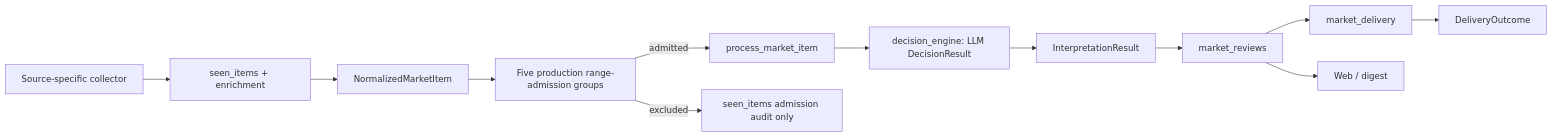
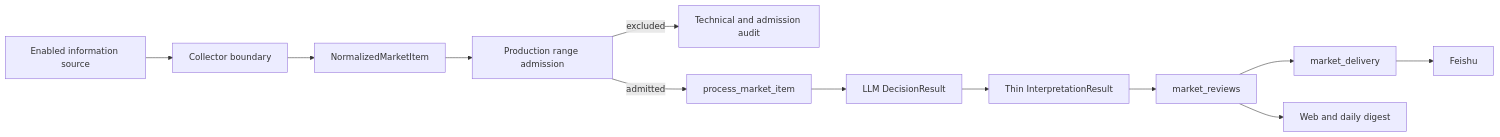
Before and after one commit to Stayfoool/MarketPulseWire: the diagram in docs/architecture-flow.md, drawn with Mermaid. The commit also changed other lines of this file and 75 other files, not shown here.

Commit message:
Unify market information processing (#268)

````diff
--- a/docs/architecture-flow.md
+++ b/docs/architecture-flow.md
@@ -23,14 +25,14 @@
 ```mermaid
 flowchart LR
-    Source["Source-specific collector"] --> Enrichment["seen_items + enrichment"]
-    Enrichment --> Item["NormalizedMarketItem"]
-    Item --> Admission["Five production range-admission groups"]
-    Admission -->|admitted| Runtime["process_market_item"]
-    Admission -->|excluded| Seen["seen_items admission audit only"]
-    Runtime --> Decision["decision_engine: LLM DecisionResult"]
-    Decision --> Interpretation["InterpretationResult"]
-    Interpretation --> Store["market_reviews"]
-    Store --> Delivery["market_delivery"]
-    Store --> View["Web / digest"]
-    Delivery --> Outcome["DeliveryOutcome"]
+    Source["Enabled information source"] --> Collector["Collector boundary"]
+    Collector --> Item["NormalizedMarketItem"]
+    Item --> Admission["Production range admission"]
+    Admission -->|excluded| Audit["Technical and admission audit"]
+    Admission -->|admitted| Flow["process_market_item"]
+    Flow --> Decision["LLM DecisionResult"]
+    Decision --> Interpretation["Thin InterpretationResult"]
+    Interpretation --> Review["market_reviews"]
+    Review --> Delivery["market_delivery"]
+    Review --> View["Web and daily digest"]
+    Delivery --> Feishu["Feishu"]
 ```
````
